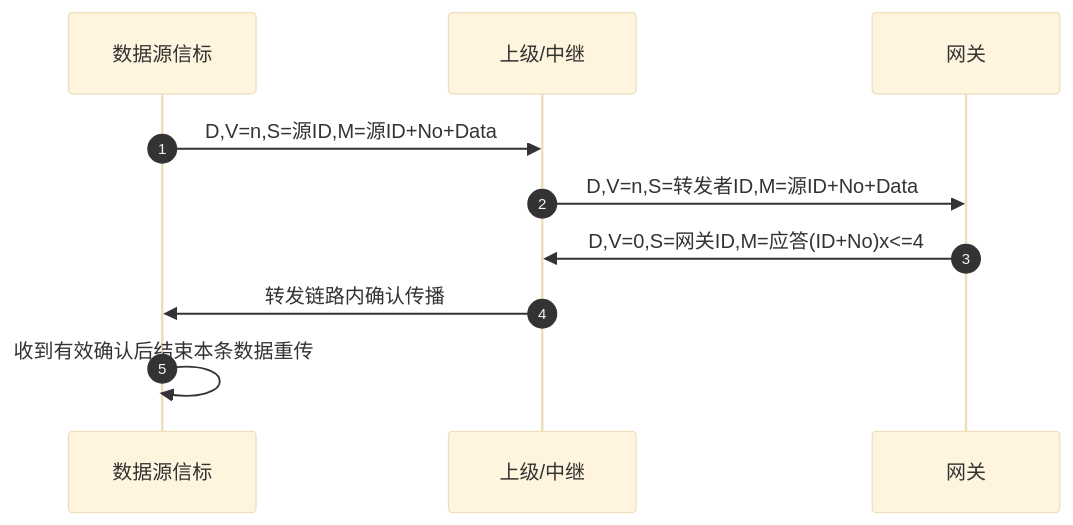
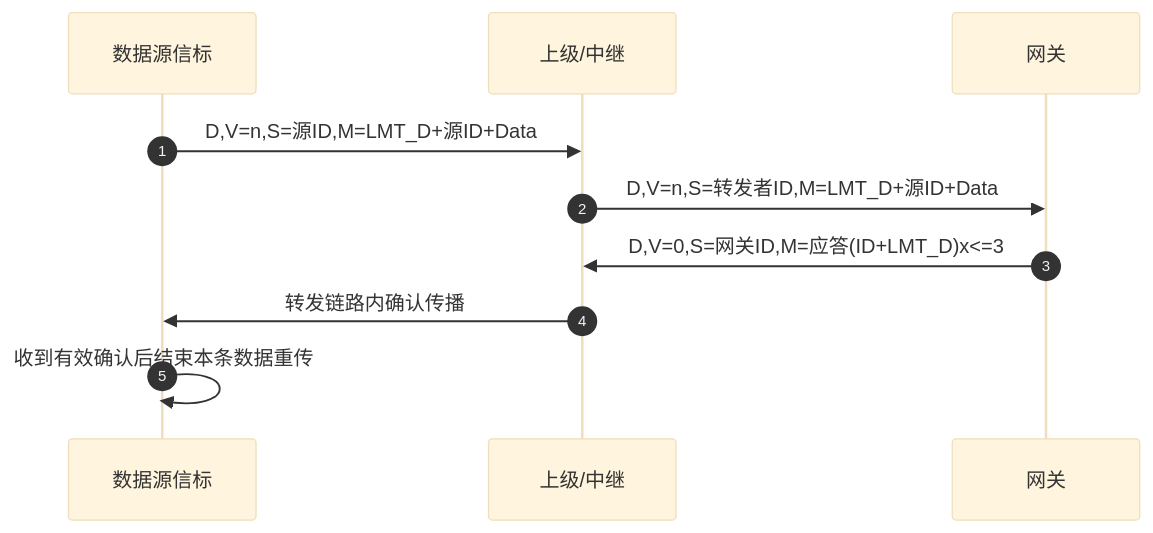
The third of 3 diagrams in 2.4G_RF/docs/设计文档（初稿）.md (Fireflyluo/CH32V208_dome), drawn with Mermaid (base theme) before and after one commit. The commit also changed other lines of this file and 85 other files, not shown here.

````diff
--- a/2.4G_RF/docs/设计文档（初稿）.md
+++ b/2.4G_RF/docs/设计文档（初稿）.md
@@ -450,13 +489,13 @@
 ```mermaid
 sequenceDiagram
     autonumber
     participant SRC as 数据源信标
     participant UP as 上级/中继
     participant GW as 网关
 
-    SRC->>UP: D,V=n,S=源ID,M=源ID+No+Data
-    UP->>GW: D,V=n,S=转发者ID,M=源ID+No+Data
-    GW->>UP: D,V=0,S=网关ID,M=应答(ID+No)x<=4
+    SRC->>UP: D,V=n,S=源ID,M=LMT_D+源ID+Data
+    UP->>GW: D,V=n,S=转发者ID,M=LMT_D+源ID+Data
+    GW->>UP: D,V=0,S=网关ID,M=应答(ID+LMT_D)x<=3
     UP->>SRC: 转发链路内确认传播
     SRC->>SRC: 收到有效确认后结束本条数据重传
 ```
````
